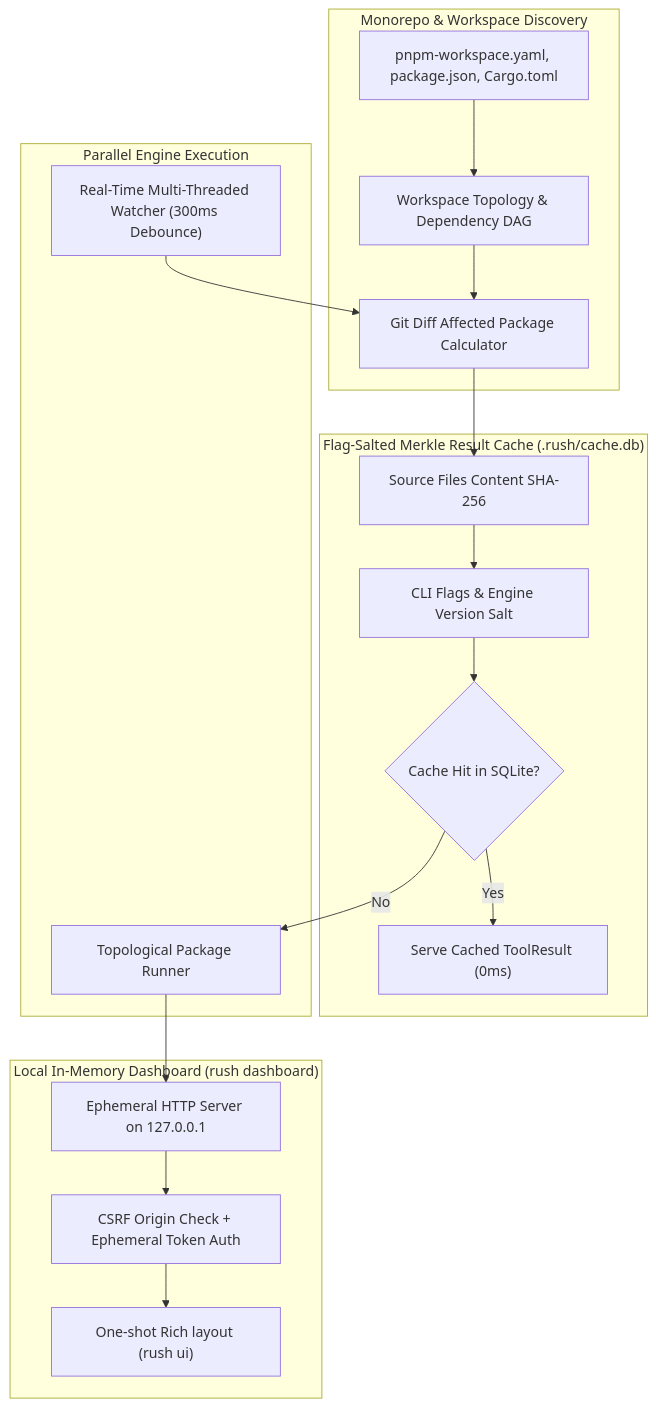
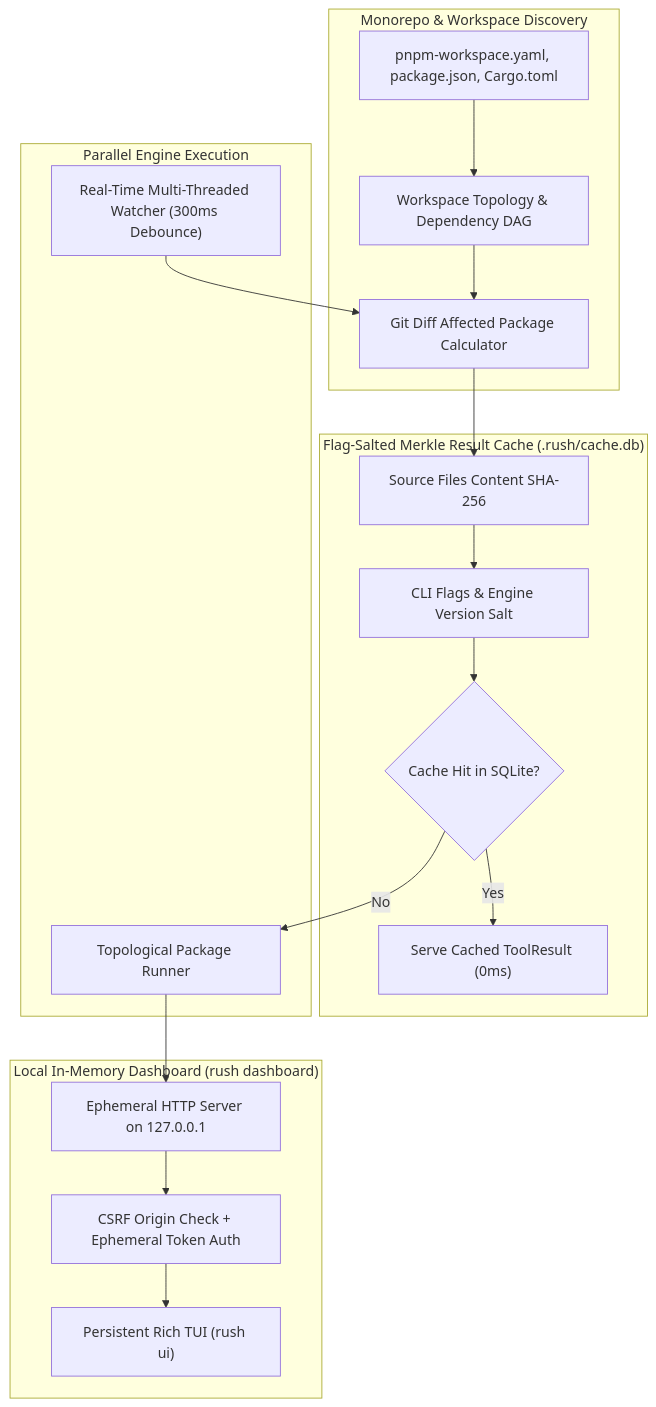
Before and after one commit to jamesdsizemore/rush-cli: the sixth of 9 diagrams in docs/BUNDLE_DIAGRAMS.md, drawn with Mermaid. The commit also changed other lines of this file and 116 other files, not shown here.

````diff
--- a/docs/BUNDLE_DIAGRAMS.md
+++ b/docs/BUNDLE_DIAGRAMS.md
@@ -248,38 +248,38 @@
 ```mermaid
 flowchart TB
     subgraph Monorepo["Monorepo & Workspace Discovery"]
         Manifests["pnpm-workspace.yaml, package.json, Cargo.toml"]
         WorkspaceDetect["Workspace Topology & Dependency DAG"]
         AffectedCalc["Git Diff Affected Package Calculator"]
     end
 
     subgraph Caching["Flag-Salted Merkle Result Cache (.rush/cache.db)"]
         ContentHash["Source Files Content SHA-256"]
         FlagSalt["CLI Flags & Engine Version Salt"]
         CacheLookup{"Cache Hit in SQLite?"}
         ServeCache["Serve Cached ToolResult (0ms)"]
     end
 
     subgraph Execution["Parallel Engine Execution"]
         TopologicalRun["Topological Package Runner"]
         Watcher["Real-Time Multi-Threaded Watcher (300ms Debounce)"]
     end
 
     subgraph Dashboard["Local In-Memory Dashboard (rush dashboard)"]
         HTTPServer["Ephemeral HTTP Server on 127.0.0.1"]
         SecurityGating["CSRF Origin Check + Ephemeral Token Auth"]
-        RichTUI["One-shot Rich layout (rush ui)"]
+        RichTUI["Persistent Rich TUI (rush ui)"]
     end
 
     Manifests --> WorkspaceDetect
     WorkspaceDetect --> AffectedCalc
     AffectedCalc --> ContentHash
     ContentHash --> FlagSalt
     FlagSalt --> CacheLookup
     CacheLookup -- Yes --> ServeCache
     CacheLookup -- No --> TopologicalRun
     Watcher --> AffectedCalc
     TopologicalRun --> HTTPServer
     HTTPServer --> SecurityGating
     SecurityGating --> RichTUI
 ```
````
